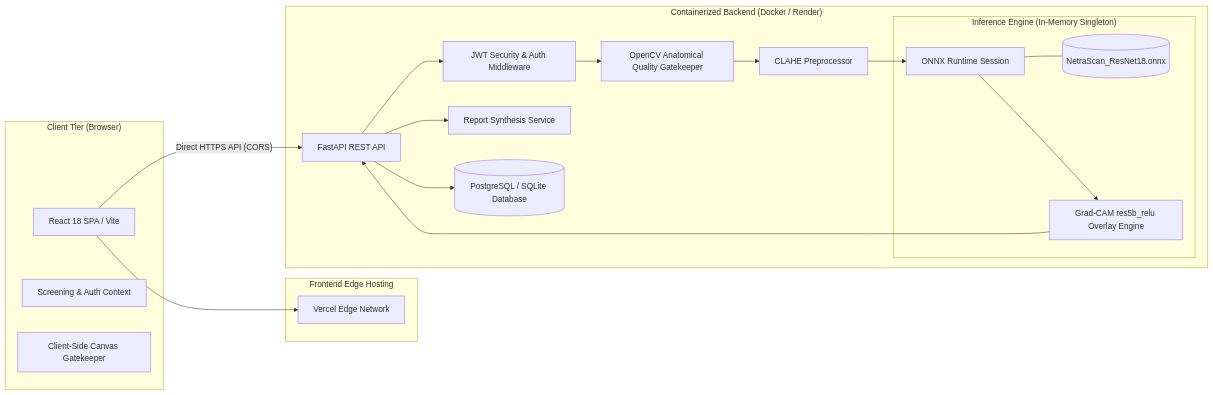
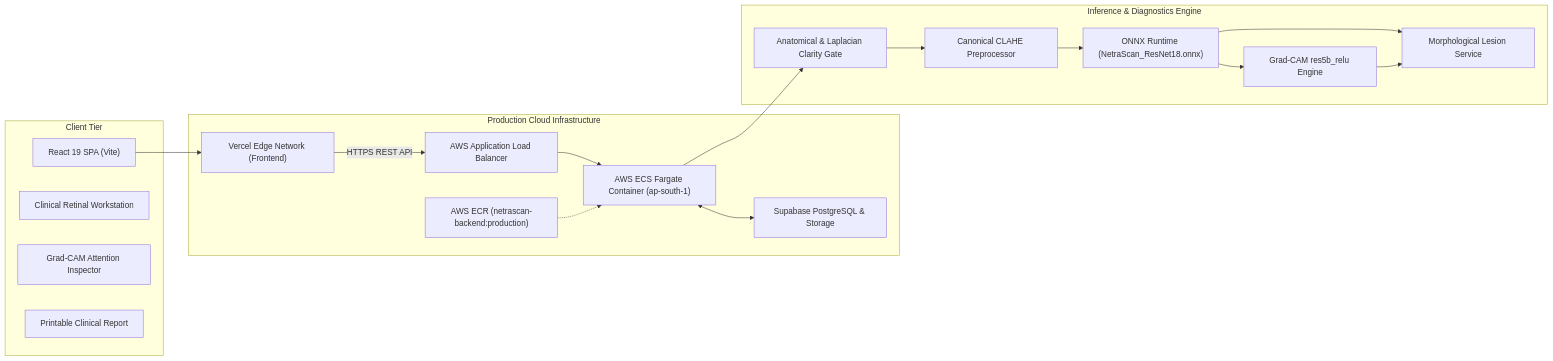
Before and after one commit to princetiwari1910/NetraScan: the second of 2 diagrams in README.md, drawn with Mermaid. The commit also changed other lines of this file, not shown here.

Commit message:
docs: update README.md with clinical workstation features, architecture, and live links

````diff
--- a/README.md
+++ b/README.md
@@ -188,40 +144,34 @@
 ```mermaid
 flowchart LR
-    subgraph Client["Client Tier (Browser)"]
-        UI[React 18 SPA / Vite]
-        CTX[Screening & Auth Context]
-        VAL[Client-Side Canvas Gatekeeper]
+    subgraph Client["Client Tier"]
+        UI["React 19 SPA (Vite)"]
+        WS["Clinical Retinal Workstation"]
+        CAM_VIEW["Grad-CAM Attention Inspector"]
+        PDF["Printable Clinical Report"]
     end
 
-    subgraph Hosting["Frontend Edge Hosting"]
-        VCL[Vercel Edge Network]
+    subgraph Cloud["Production Cloud Infrastructure"]
+        VCL["Vercel Edge Network (Frontend)"]
+        ALB["AWS Application Load Balancer"]
+        ECS["AWS ECS Fargate Container (ap-south-1)"]
+        ECR["AWS ECR (netrascan-backend:production)"]
+        SUPA["Supabase PostgreSQL & Storage"]
     end
 
-    subgraph Backend["Containerized Backend (Docker / Render)"]
-        API[FastAPI REST API]
-        SEC[JWT Security & Auth Middleware]
-        GATE[OpenCV Anatomical Quality Gatekeeper]
-        PRE[CLAHE Preprocessor]
-        
-        subgraph Engine["Inference Engine (In-Memory Singleton)"]
-            ORT[ONNX Runtime Session]
-            MDL[(NetraScan_ResNet18.onnx)]
-            CAM[Grad-CAM res5b_relu Overlay Engine]
-        end
-        
-        RPT[Report Synthesis Service]
-        DB[(PostgreSQL / SQLite Database)]
+    subgraph Engine["Inference & Diagnostics Engine"]
+        GATE["Anatomical & Laplacian Clarity Gate"]
+        CLAHE["Canonical CLAHE Preprocessor"]
+        ONNX["ONNX Runtime (NetraScan_ResNet18.onnx)"]
+        GRAD["Grad-CAM res5b_relu Engine"]
+        LESION["Morphological Lesion Service"]
     end
 
     UI --> VCL
-    UI -- "Direct HTTPS API (CORS)" --> API
-    API --> SEC
-    SEC --> GATE
-    GATE --> PRE
-    PRE --> ORT
-    ORT --- MDL
-    ORT --> CAM
-    CAM --> API
-    API --> DB
-    API --> RPT
+    VCL -- "HTTPS REST API" --> ALB
+    ALB --> ECS
+    ECR -.-> ECS
+    ECS --> GATE --> CLAHE --> ONNX
+    ONNX --> GRAD
+    ONNX & GRAD --> LESION
+    ECS <--> SUPA
 ```
````
